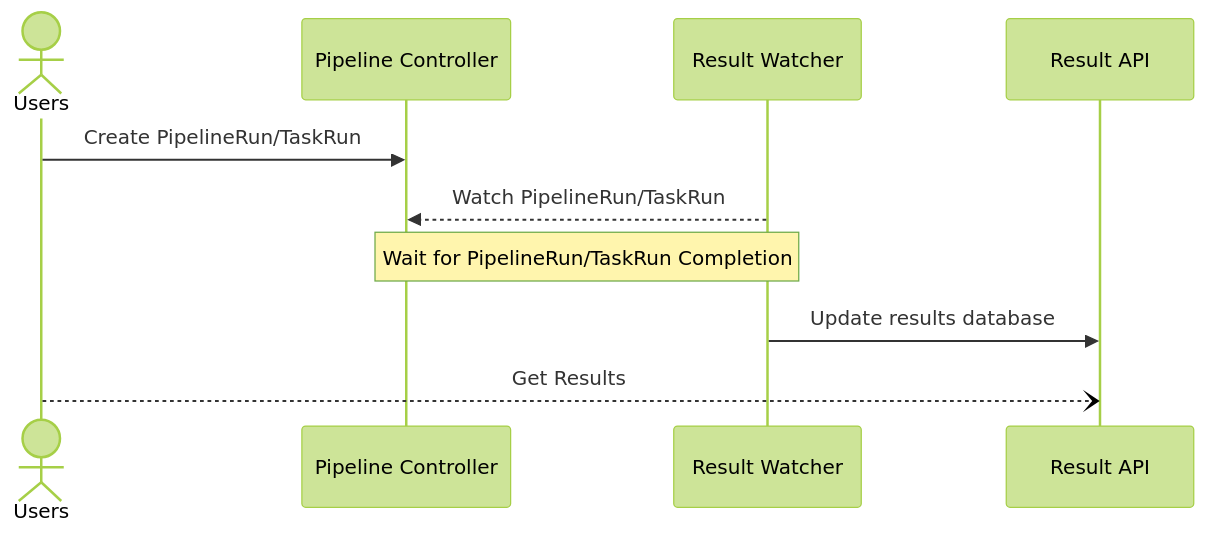
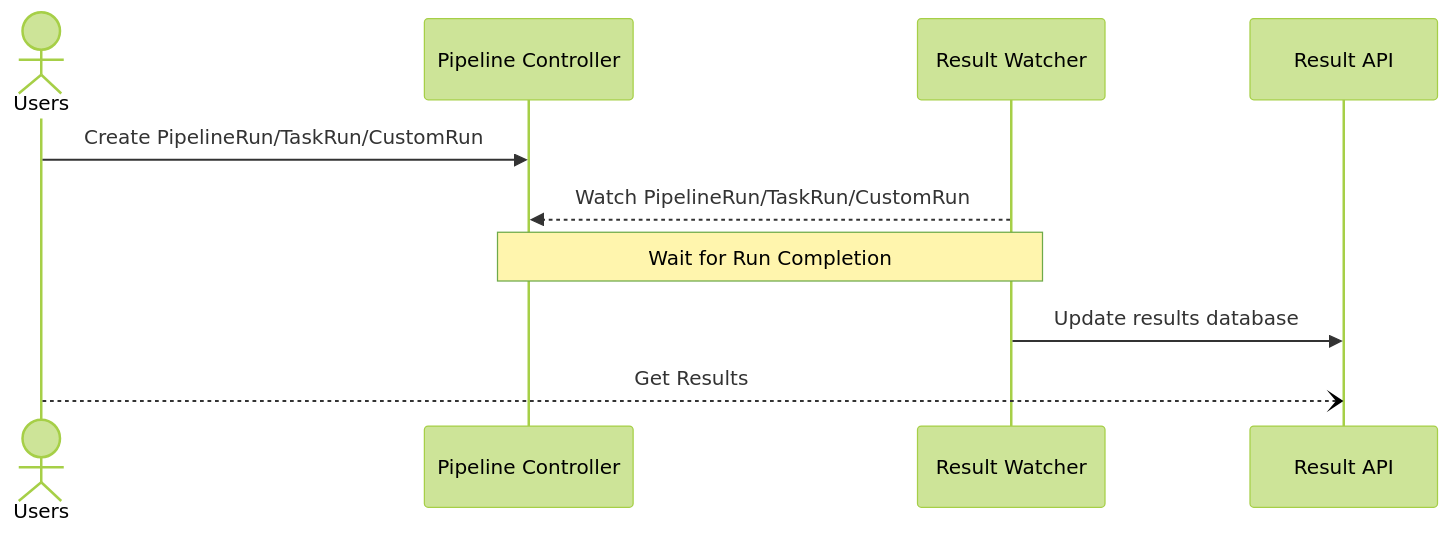
Before and after one commit to tektoncd/results: the first of 2 diagrams in README.md, drawn with Mermaid (forest theme). The commit also changed other lines of this file and 22 other files, not shown here.

````diff
--- a/README.md
+++ b/README.md
@@ -47,12 +47,12 @@
 ```mermaid
 sequenceDiagram
   actor U as Users
   participant PC as Pipeline Controller
   participant RW as Result Watcher
   participant RA as Result API
-  U->>PC: Create PipelineRun/TaskRun
-  RW-->>PC: Watch PipelineRun/TaskRun
-  Note over PC,RW: Wait for PipelineRun/TaskRun Completion
+  U->>PC: Create PipelineRun/TaskRun/CustomRun
+  RW-->>PC: Watch PipelineRun/TaskRun/CustomRun
+  Note over PC,RW: Wait for Run Completion
   RW->>RA: Update results database
   U--)RA: Get Results
 ```
````
